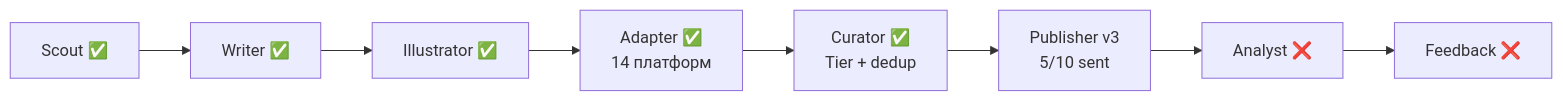
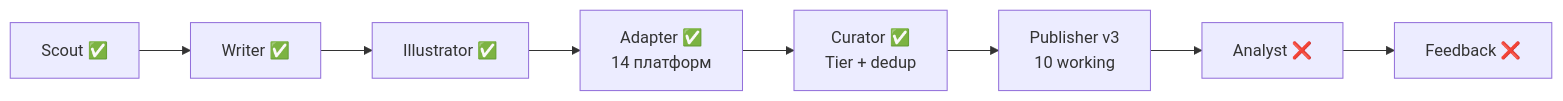
One commit to TimmyZinin/content-pipeline changed the diagram in docs/Home.md. Above: the diagram before and after it, drawn with Mermaid. The commit also changed other lines of this file and 3 other files, not shown here.

````diff
--- a/docs/Home.md
+++ b/docs/Home.md
@@ -25,10 +25,10 @@
 ```mermaid
 flowchart LR
     S[Scout ✅] --> W[Writer ✅]
     W --> I[Illustrator ✅]
     I --> A[Adapter ✅\n14 платформ]
     A --> C[Curator ✅\nTier + dedup]
-    C --> P[Publisher v3\n5/10 sent]
+    C --> P[Publisher v3\n10 working]
     P --> AN[Analyst ❌]
     AN --> F[Feedback ❌]
 ```
````
